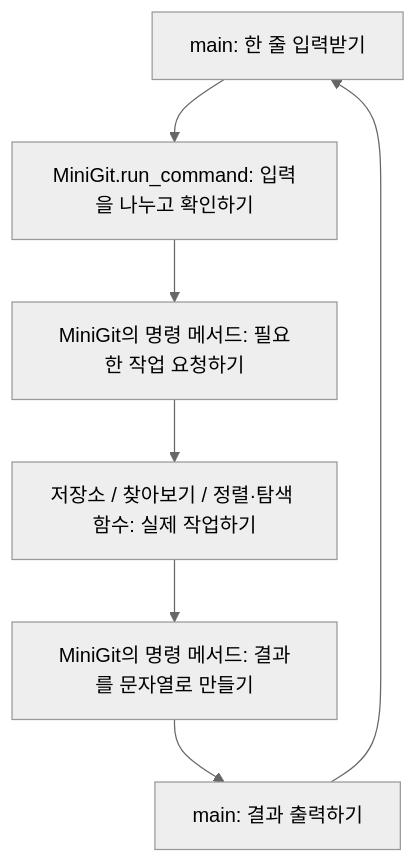
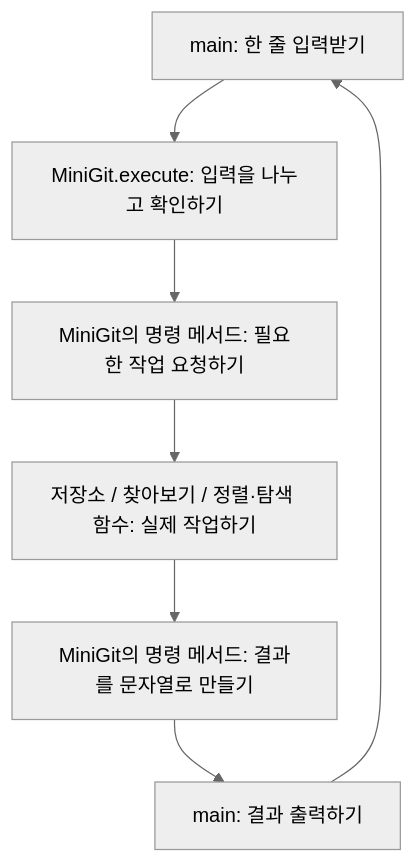
One commit to JoongHyun-codyssey/codyssey_B5_2 changed the diagram in docs/CODE_GUIDE.md. Above: the diagram before and after it, drawn with Mermaid (neutral theme). The commit also changed other lines of this file and 2 other files, not shown here.

````diff
--- a/docs/CODE_GUIDE.md
+++ b/docs/CODE_GUIDE.md
@@ -29,9 +29,9 @@
 ```mermaid
 flowchart TD
-    inputNode["main: 한 줄 입력받기"] --> parseNode["MiniGit.run_command: 입력을 나누고 확인하기"]
+    inputNode["main: 한 줄 입력받기"] --> parseNode["MiniGit.execute: 입력을 나누고 확인하기"]
     parseNode --> commandNode["MiniGit의 명령 메서드: 필요한 작업 요청하기"]
     commandNode --> workNode["저장소 / 찾아보기 / 정렬·탐색 함수: 실제 작업하기"]
     workNode --> resultNode["MiniGit의 명령 메서드: 결과를 문자열로 만들기"]
     resultNode --> outputNode["main: 결과 출력하기"]
     outputNode --> inputNode
 ```
````
